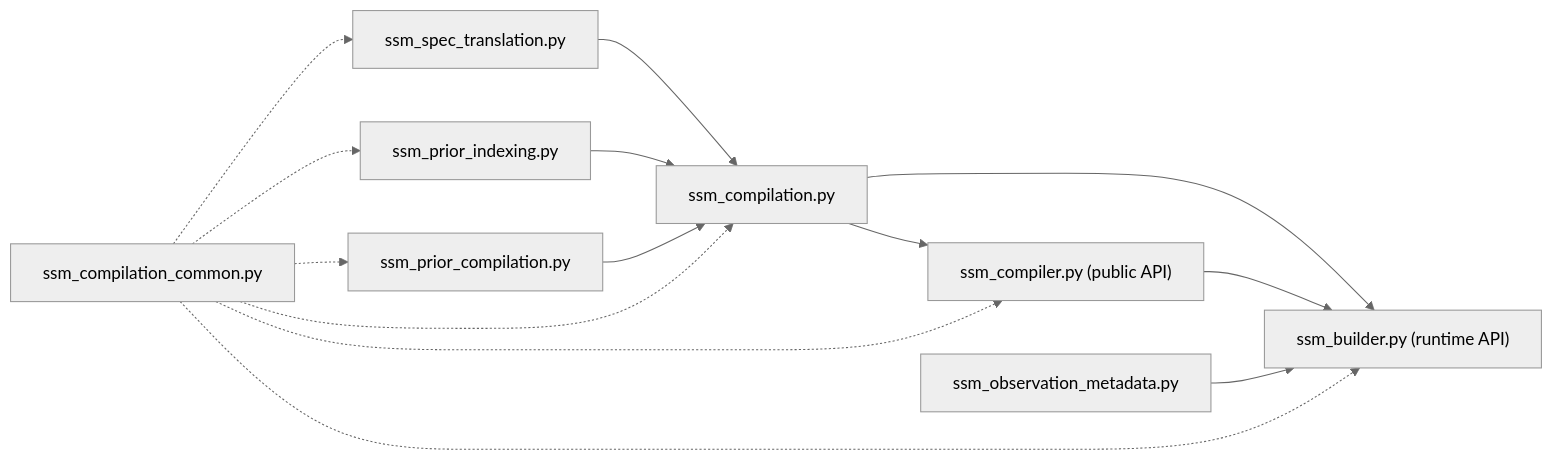
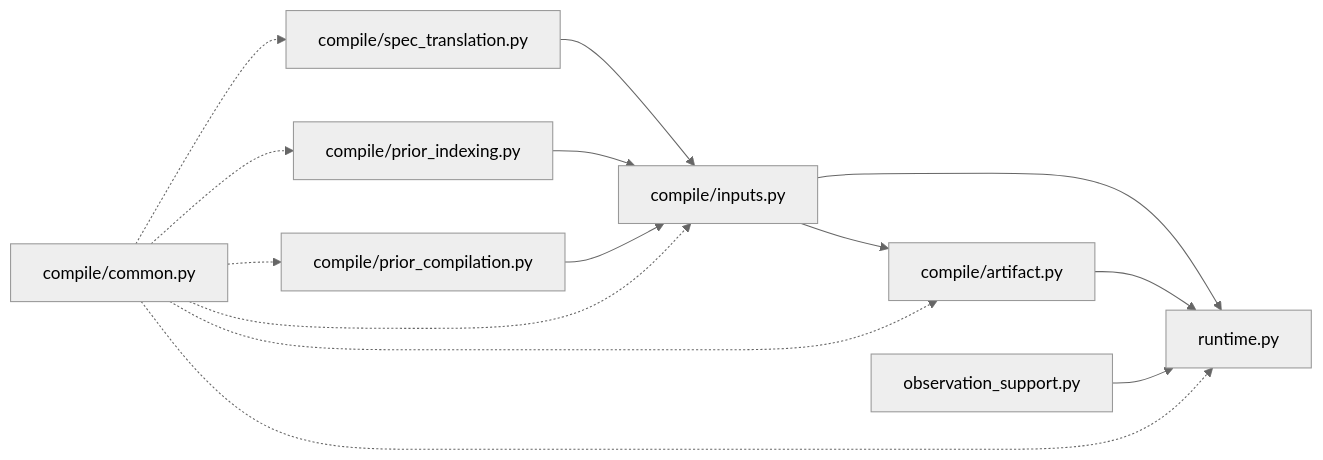
One commit to ma9o/causal-ssm-agent changed the second of 2 diagrams in docs/reference/compilation.md. Above: the diagram before and after it, drawn with Mermaid (neutral theme). The commit also changed other lines of this file and 73 other files, not shown here.

Commit message:
Remove monolithic ssm/builder.py and fold it into compile pipeline

````diff
--- a/docs/reference/compilation.md
+++ b/docs/reference/compilation.md
@@ -217,11 +217,11 @@
 ```mermaid
 graph LR
-    spec["ssm_spec_translation.py"] --> compilation["ssm_compilation.py"]
-    indexing["ssm_prior_indexing.py"] --> compilation
-    prior["ssm_prior_compilation.py"] --> compilation
-    compilation --> compiler["ssm_compiler.py (public API)"]
-    compilation --> builder["ssm_builder.py (runtime API)"]
-    compiler --> builder
-    obs["ssm_observation_metadata.py"] --> builder
-    common["ssm_compilation_common.py"] -.-> spec & indexing & prior & compilation & compiler & builder
+    spec["compile/spec_translation.py"] --> inputs["compile/inputs.py"]
+    indexing["compile/prior_indexing.py"] --> inputs
+    prior["compile/prior_compilation.py"] --> inputs
+    inputs --> artifact["compile/artifact.py"]
+    inputs --> runtime["runtime.py"]
+    artifact --> runtime
+    obs["observation_support.py"] --> runtime
+    common["compile/common.py"] -.-> spec & indexing & prior & inputs & artifact & runtime
 ```
````
